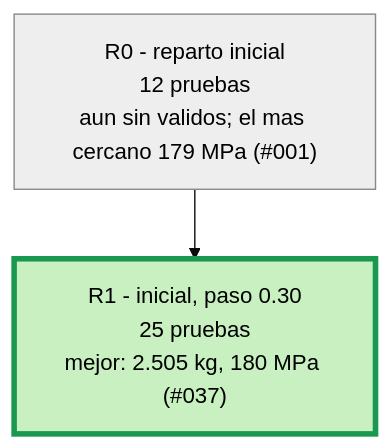
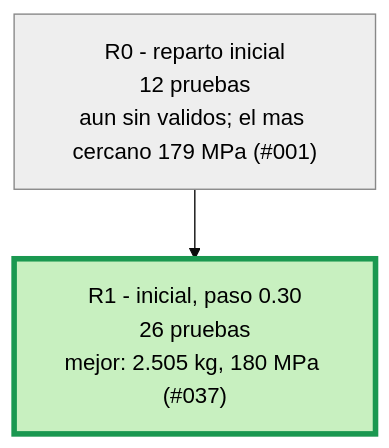
The second of 3 diagrams in runs/opt_37800N/ARBOL.md (Hugiko/msd-soporte-optimizacion), drawn with Mermaid (base theme) before and after one commit. The commit also changed 19 other files, not shown here.

````diff
--- a/runs/opt_37800N/ARBOL.md
+++ b/runs/opt_37800N/ARBOL.md
@@ -21,9 +21,9 @@
 ```mermaid
 graph TD
 classDef activa fill:#d6eaff,stroke:#1f6fb5,color:#000
 classDef fin fill:#eeeeee,stroke:#888,color:#000
 classDef mejor fill:#c8f0c0,stroke:#1a9850,stroke-width:4px,color:#000
 R0["R0 - reparto inicial<br/>12 pruebas<br/>aun sin validos; el mas cercano 179 MPa (#001)"]:::fin
-R1["R1 - inicial, paso 0.30<br/>25 pruebas<br/>mejor: 2.505 kg, 180 MPa (#037)"]:::mejor
+R1["R1 - inicial, paso 0.30<br/>26 pruebas<br/>mejor: 2.505 kg, 180 MPa (#037)"]:::mejor
 R0 --> R1
 ```
````
